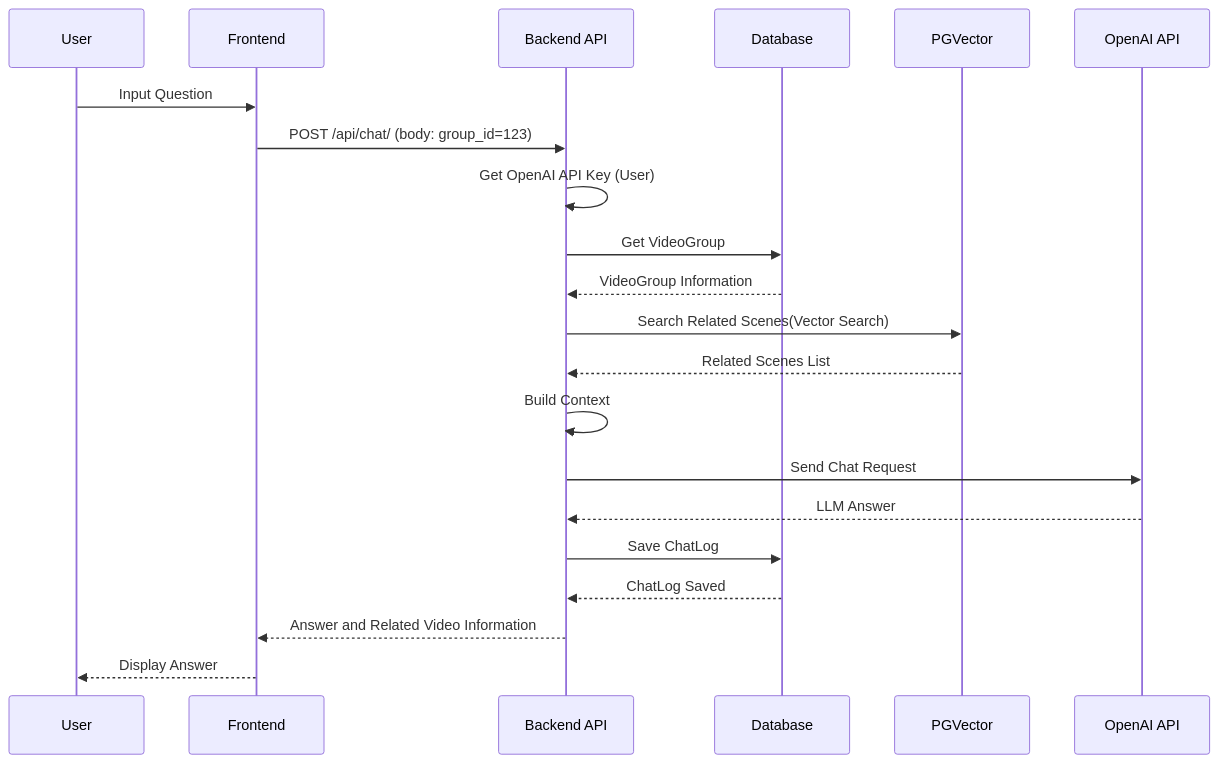
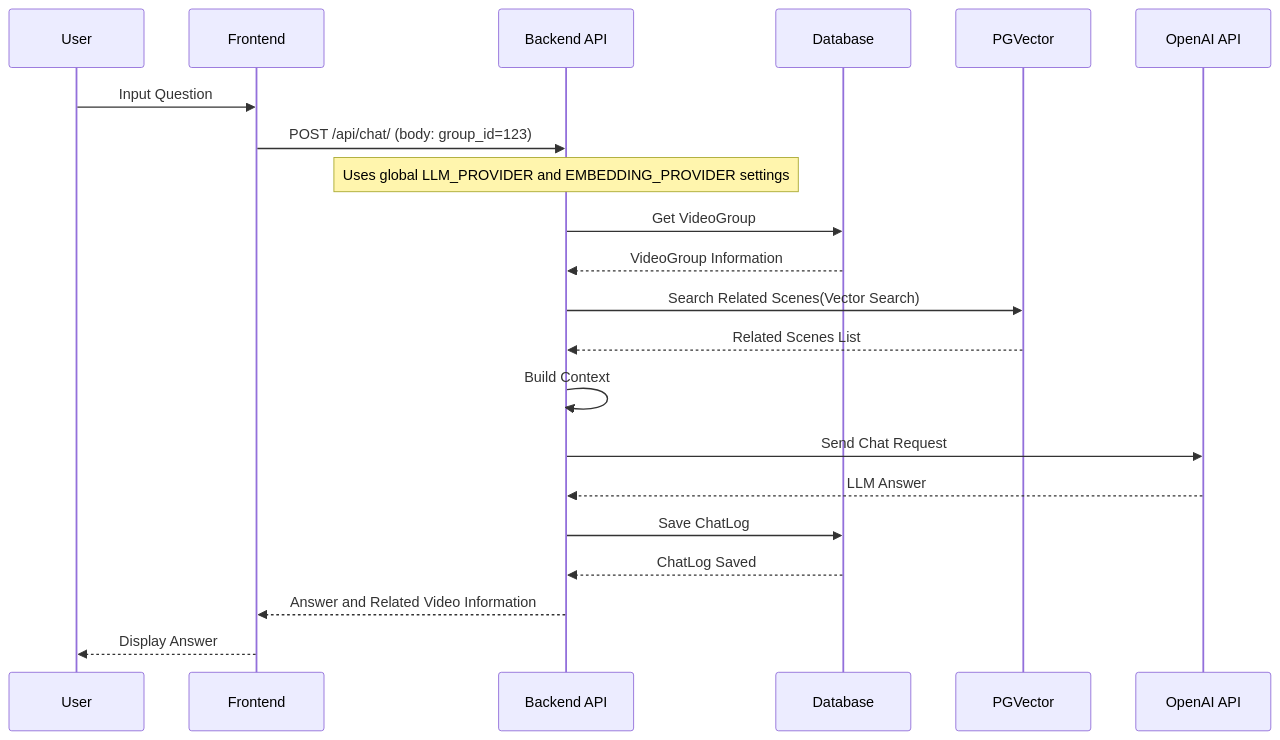
The second of 7 diagrams in docs/design/sequence-diagram.md (yukiharada1228/videoq), drawn with Mermaid before and after one commit. The commit also changed other lines of this file and 11 other files, not shown here.

````diff
--- a/docs/design/sequence-diagram.md
+++ b/docs/design/sequence-diagram.md
@@ -67,24 +63,24 @@
 ```mermaid
 sequenceDiagram
     participant User as User
     participant Frontend as Frontend
     participant Backend as Backend API
     participant DB as Database
     participant PGVector as PGVector
     participant OpenAI as OpenAI API
 
     User->>Frontend: Input Question
     Frontend->>Backend: POST /api/chat/ (body: group_id=123)
-    Backend->>Backend: Get OpenAI API Key (User)
+    Note over Backend: Uses global LLM_PROVIDER and EMBEDDING_PROVIDER settings
     Backend->>DB: Get VideoGroup
     DB-->>Backend: VideoGroup Information
     Backend->>PGVector: Search Related Scenes(Vector Search)
     PGVector-->>Backend: Related Scenes List
     Backend->>Backend: Build Context
     Backend->>OpenAI: Send Chat Request
     OpenAI-->>Backend: LLM Answer
     Backend->>DB: Save ChatLog
     DB-->>Backend: ChatLog Saved
     Backend-->>Frontend: Answer and Related Video Information
     Frontend-->>User: Display Answer
 ```
````
